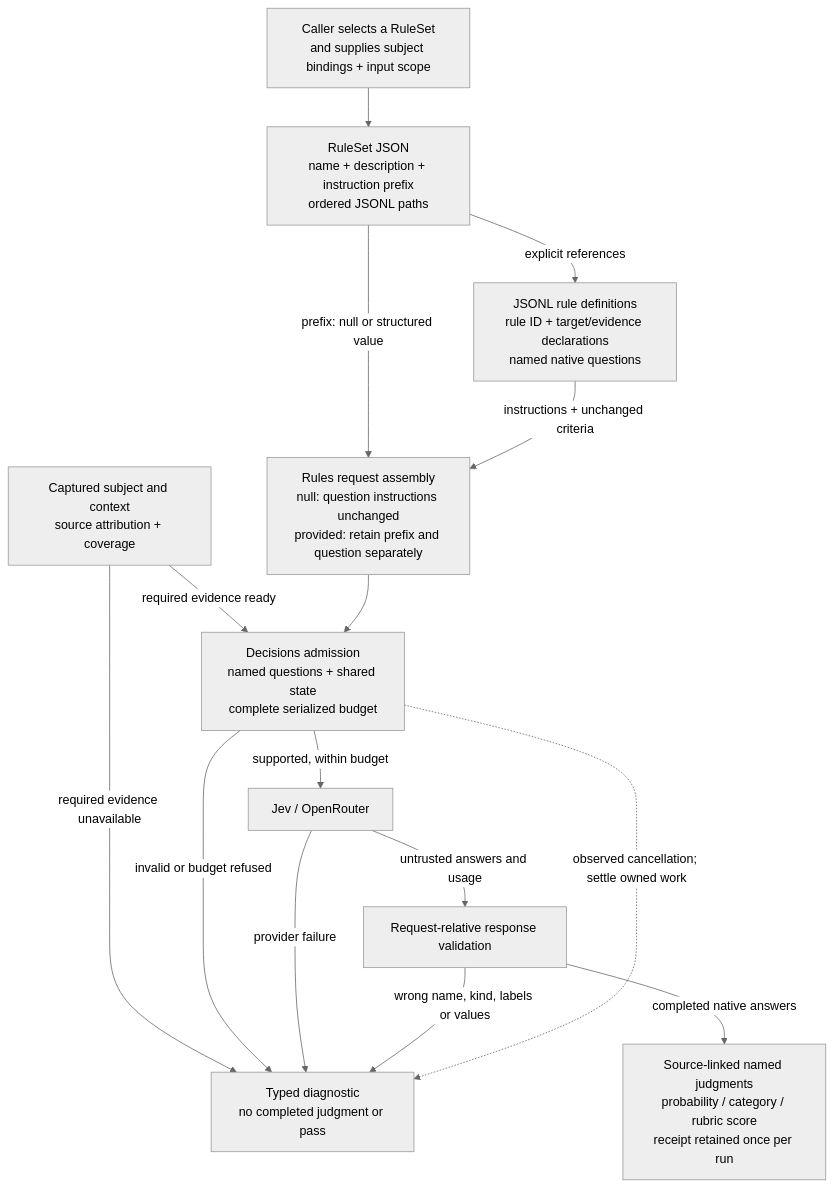
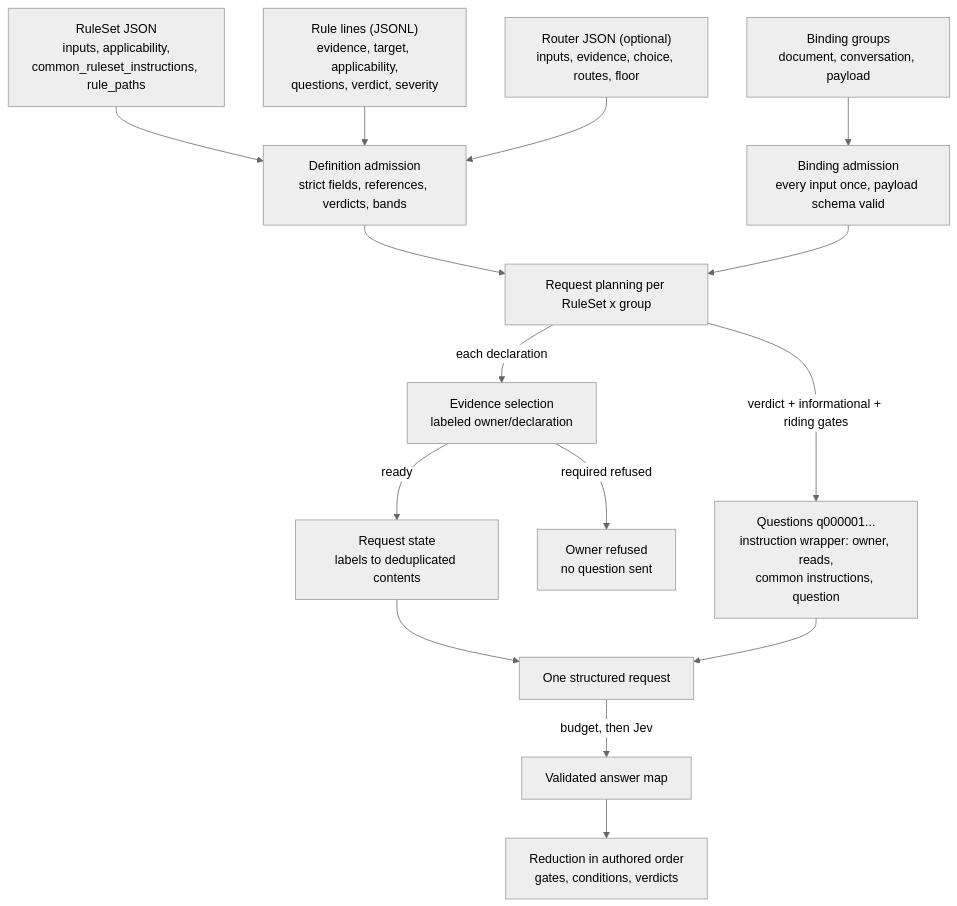
One commit to ShravanSunder/sunstack-tools changed the diagram in docs/specs/2026-10-12-rust-rule-engine/assets/rule-question-flow.mmd. Above: the diagram before and after it, drawn with Mermaid (neutral theme). The commit also changed 36 other files, not shown here.

First line of the commit message:
docs: realize generic rule engine in Program Design, schemas and examples

```diff
--- a/docs/specs/2026-10-12-rust-rule-engine/assets/rule-question-flow.mmd
+++ b/docs/specs/2026-10-12-rust-rule-engine/assets/rule-question-flow.mmd
@@ -1,15 +1,15 @@
 flowchart TB
-  Caller["Caller selects a RuleSet<br/>and supplies subject bindings + input scope"] --> RS["RuleSet JSON<br/>name + description + instruction prefix<br/>ordered JSONL paths"]
-  RS -->|"explicit references"| Rule["JSONL rule definitions<br/>rule ID + target/evidence declarations<br/>named native questions"]
-  RS -->|"prefix: null or structured value"| Assembly["Rules request assembly<br/>null: question instructions unchanged<br/>provided: retain prefix and question separately"]
-  Rule -->|"instructions + unchanged criteria"| Assembly
-  Evidence["Captured subject and context<br/>source attribution + coverage"] -->|"required evidence ready"| Request["Decisions admission<br/>named questions + shared state<br/>complete serialized budget"]
-  Assembly --> Request
-  Evidence -->|"required evidence unavailable"| Failure["Typed diagnostic<br/>no completed judgment or pass"]
-  Request -->|"supported, within budget"| Jev["Jev / OpenRouter"]
-  Request -->|"invalid or budget refused"| Failure
-  Jev -->|"untrusted answers and usage"| Validate["Request-relative response validation"]
-  Jev -->|"provider failure"| Failure
-  Validate -->|"wrong name, kind, labels or values"| Failure
-  Validate -->|"completed native answers"| Result["Source-linked named judgments<br/>probability / category / rubric score<br/>receipt retained once per run"]
-  Request -.->|"observed cancellation; settle owned work"| Failure
+  RS["RuleSet JSON<br/>inputs, applicability,<br/>common_ruleset_instructions, rule_paths"] --> Adm["Definition admission<br/>strict fields, references, verdicts, bands"]
+  RL["Rule lines (JSONL)<br/>evidence, target, applicability,<br/>questions, verdict, severity"] --> Adm
+  RT["Router JSON (optional)<br/>inputs, evidence, choice, routes, floor"] --> Adm
+  B["Binding groups<br/>document, conversation, payload"] --> Bind["Binding admission<br/>every input once, payload schema valid"]
+  Adm --> Plan["Request planning per RuleSet x group"]
+  Bind --> Plan
+  Plan -->|"each declaration"| Sel["Evidence selection<br/>labeled owner/declaration"]
+  Sel -->|"ready"| State["Request state<br/>labels to deduplicated contents"]
+  Sel -->|"required refused"| Fail["Owner refused<br/>no question sent"]
+  Plan -->|"verdict + informational + riding gates"| Q["Questions q000001...<br/>instruction wrapper: owner, reads,<br/>common instructions, question"]
+  State --> Req["One structured request"]
+  Q --> Req
+  Req -->|"budget, then Jev"| Ans["Validated answer map"]
+  Ans --> Red["Reduction in authored order<br/>gates, conditions, verdicts"]
```
